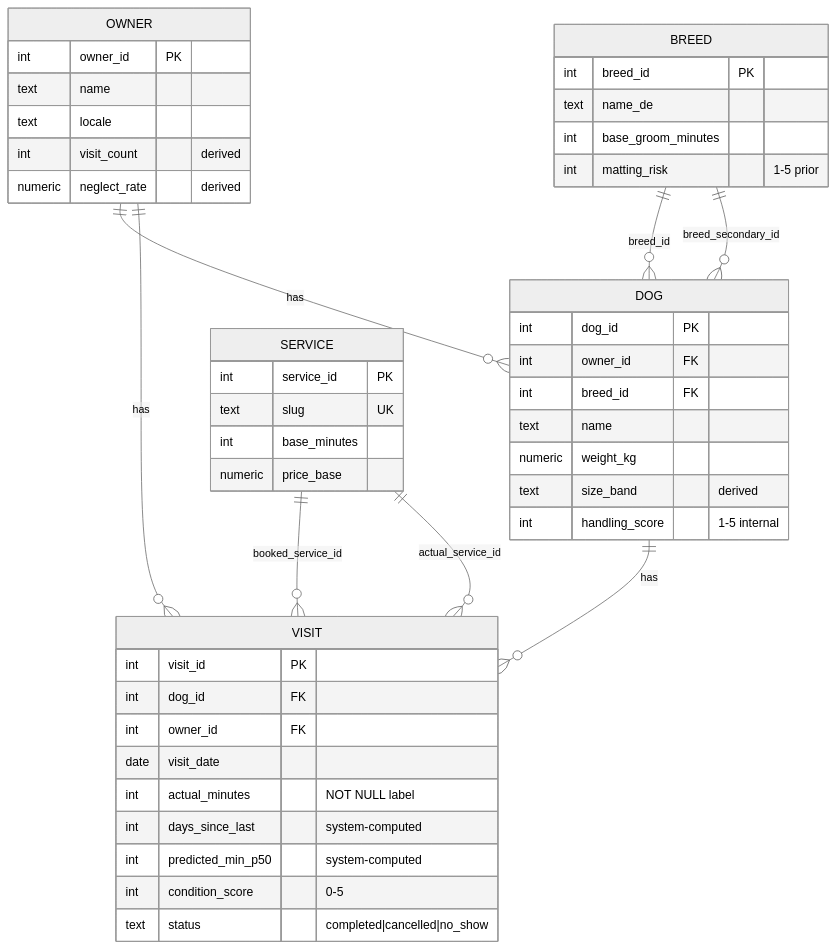
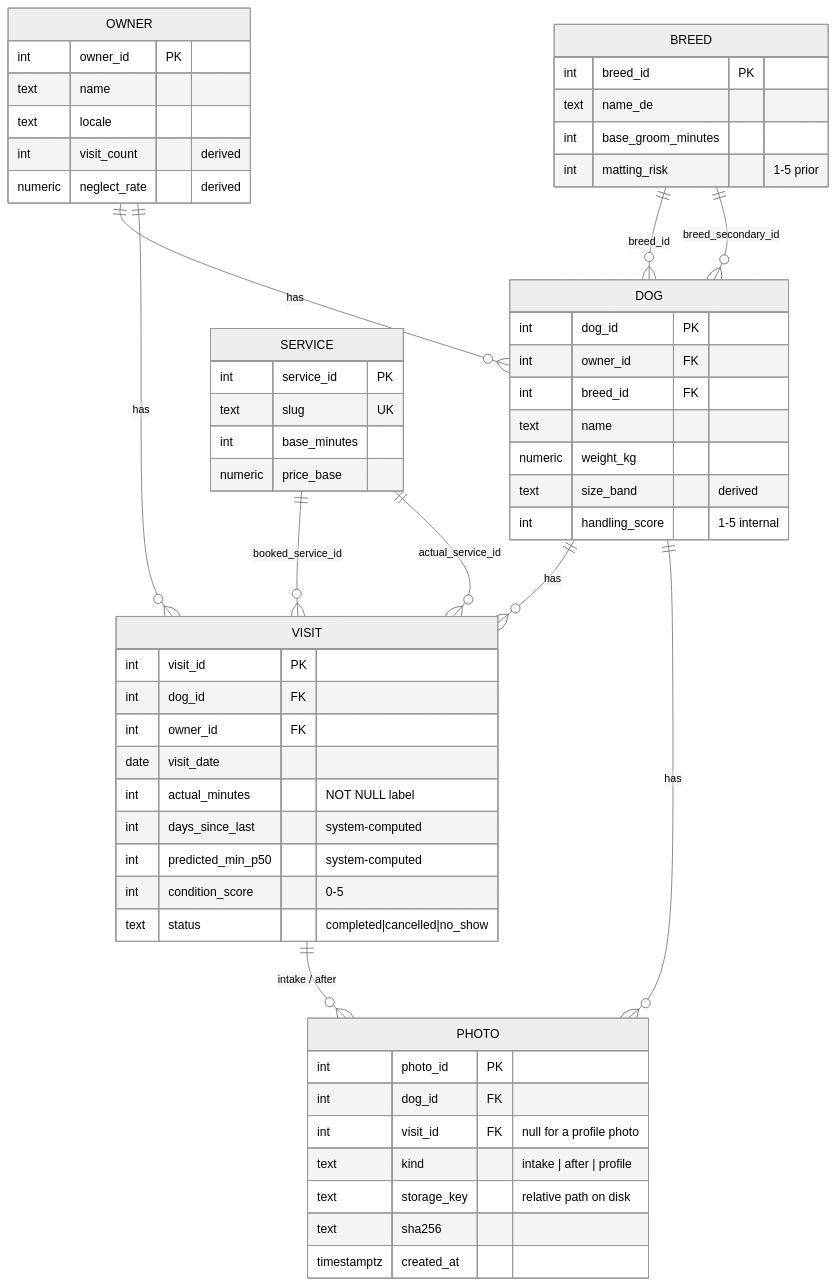
One commit to BOYSABIO/muttmetrics changed the diagram in docs/schema.md. Above: the diagram before and after it, drawn with Mermaid (neutral theme). The commit also changed other lines of this file and 13 other files, not shown here.

````diff
--- a/docs/schema.md
+++ b/docs/schema.md
@@ -9,54 +9,66 @@
 ```mermaid
 erDiagram
     OWNER ||--o{ DOG : "has"
     DOG ||--o{ VISIT : "has"
     OWNER ||--o{ VISIT : "has"
     BREED ||--o{ DOG : "breed_id"
     BREED ||--o{ DOG : "breed_secondary_id"
     SERVICE ||--o{ VISIT : "booked_service_id"
     SERVICE ||--o{ VISIT : "actual_service_id"
+    DOG ||--o{ PHOTO : "has"
+    VISIT ||--o{ PHOTO : "intake / after"
 
     OWNER {
         int owner_id PK
         text name
         text locale
         int visit_count "derived"
         numeric neglect_rate "derived"
     }
 
     DOG {
         int dog_id PK
         int owner_id FK
         int breed_id FK
         text name
         numeric weight_kg
         text size_band "derived"
         int handling_score "1-5 internal"
     }
 
     VISIT {
         int visit_id PK
         int dog_id FK
         int owner_id FK
         date visit_date
         int actual_minutes "NOT NULL label"
         int days_since_last "system-computed"
         int predicted_min_p50 "system-computed"
         int condition_score "0-5"
         text status "completed|cancelled|no_show"
     }
 
     BREED {
         int breed_id PK
         text name_de
         int base_groom_minutes
         int matting_risk "1-5 prior"
     }
 
     SERVICE {
         int service_id PK
         text slug UK
         int base_minutes
         numeric price_base
     }
+
+    PHOTO {
+        int photo_id PK
+        int dog_id FK
+        int visit_id FK "null for a profile photo"
+        text kind "intake | after | profile"
+        text storage_key "relative path on disk"
+        text sha256
+        timestamptz created_at
+    }
 ```
````
